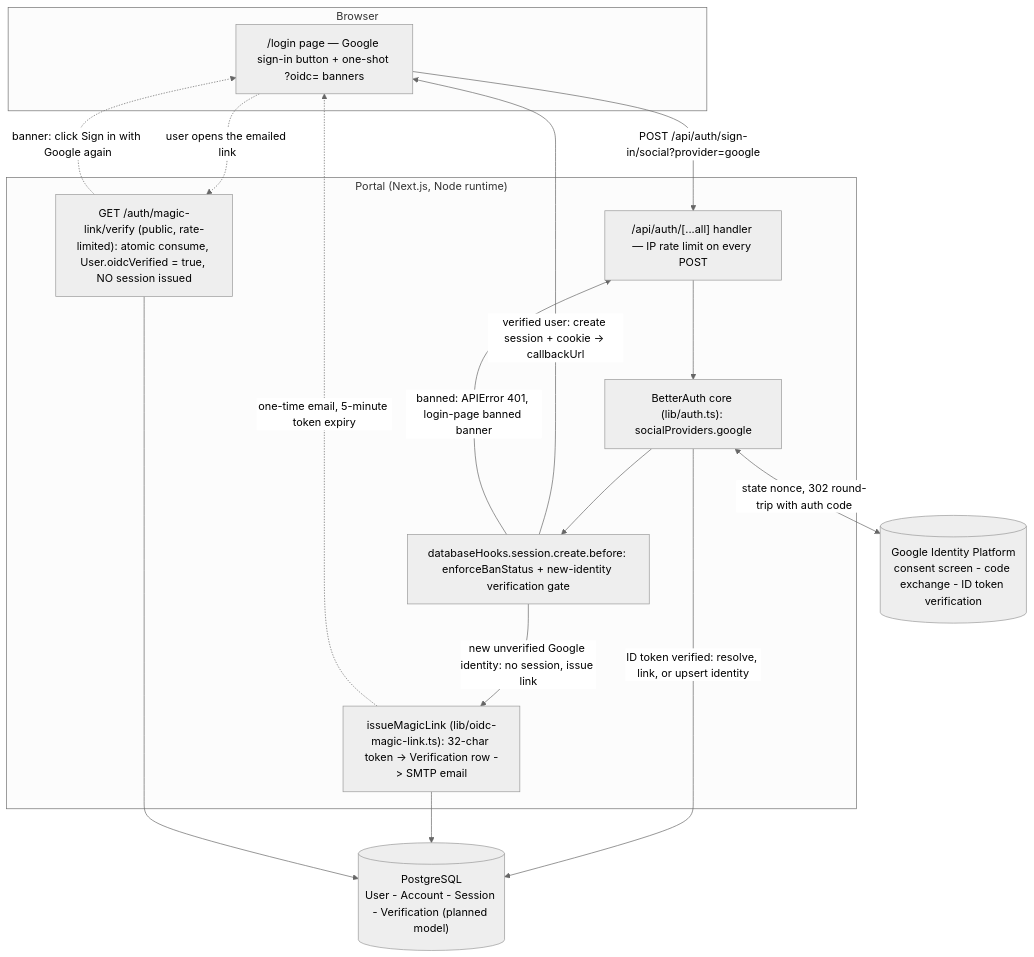
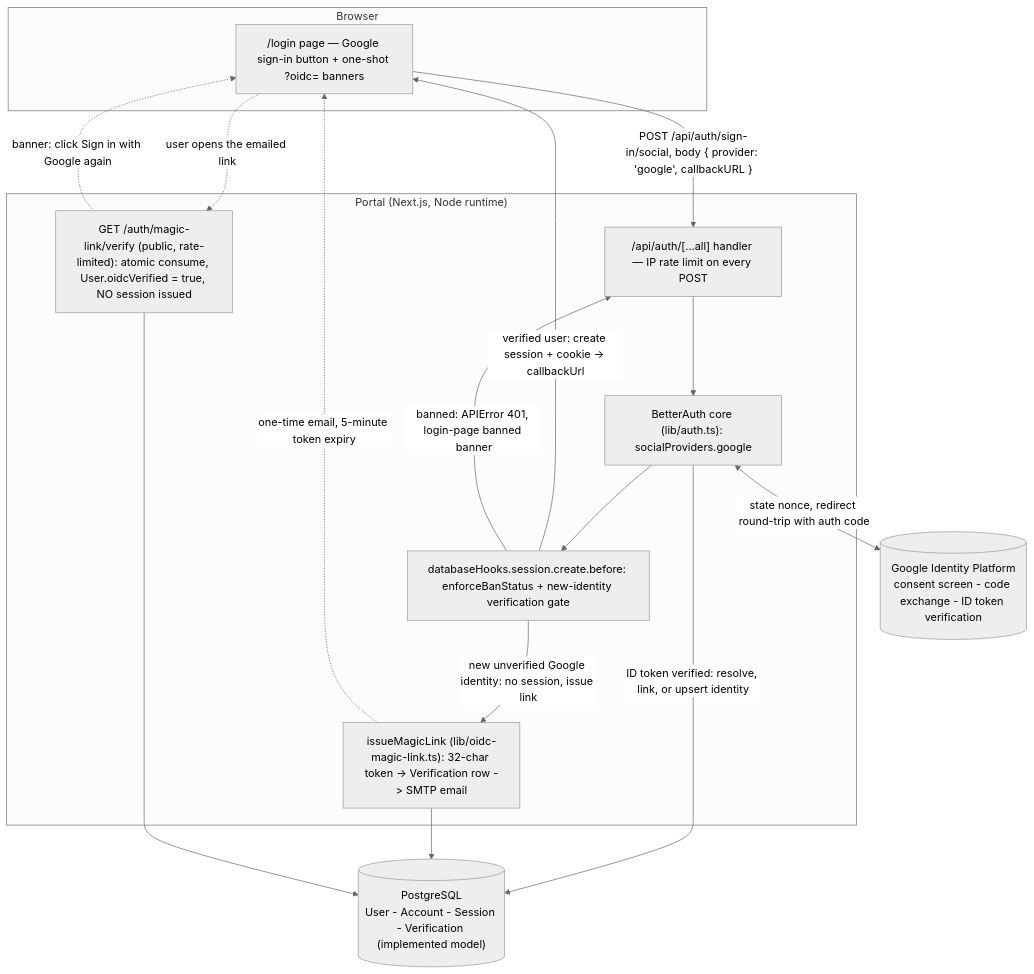
One commit to johnlynas/nipp changed the second of 8 diagrams in ARCHITECTURE.md. Above: the diagram before and after it, drawn with Mermaid (neutral theme). The commit also changed other lines of this file and 3 other files, not shown here.

First line of the commit message:
docs(auth): record google-oidc Phase 1 deviations and mitigations

````diff
--- a/ARCHITECTURE.md
+++ b/ARCHITECTURE.md
@@ -241,33 +241,33 @@
 ```mermaid
 flowchart TB
     subgraph Browser["Browser"]
         LP["/login page — Google sign-in button + one-shot ?oidc= banners"]
     end
 
     subgraph Portal["Portal (Next.js, Node runtime)"]
         RT["/api/auth/[...all] handler — IP rate limit on every POST"]
         BA["BetterAuth core (lib/auth.ts): socialProviders.google"]
         GATE["databaseHooks.session.create.before: enforceBanStatus + new-identity verification gate"]
         ML["issueMagicLink (lib/oidc-magic-link.ts): 32-char token -> Verification row -> SMTP email"]
         VR["GET /auth/magic-link/verify (public, rate-limited): atomic consume, User.oidcVerified = true, NO session issued"]
     end
 
     GOO[("Google Identity Platform<br/>consent screen - code exchange - ID token verification")]
-    DB[("PostgreSQL<br/>User - Account - Session - Verification (planned model)")]
+    DB[("PostgreSQL<br/>User - Account - Session - Verification (implemented model)")]
 
-    LP -- "POST /api/auth/sign-in/social?provider=google" --> RT
+    LP -- "POST /api/auth/sign-in/social, body { provider: 'google', callbackURL }" --> RT
     RT --> BA
-    BA <-->|"state nonce, 302 round-trip with auth code"| GOO
+    BA <-->|"state nonce, redirect round-trip with auth code"| GOO
     BA -- "ID token verified: resolve, link, or upsert identity" --> DB
     BA --> GATE
     GATE -- "verified user: create session + cookie -> callbackUrl" --> LP
     GATE -- "banned: APIError 401, login-page banned banner" --> RT
     GATE -- "new unverified Google identity: no session, issue link" --> ML
     ML --> DB
     ML -. "one-time email, 5-minute token expiry" .-> LP
     LP -. "user opens the emailed link" .-> VR
     VR --> DB
     VR -. "banner: click Sign in with Google again" .-> LP
 
     linkStyle default interpolate spline;
 ```
````
